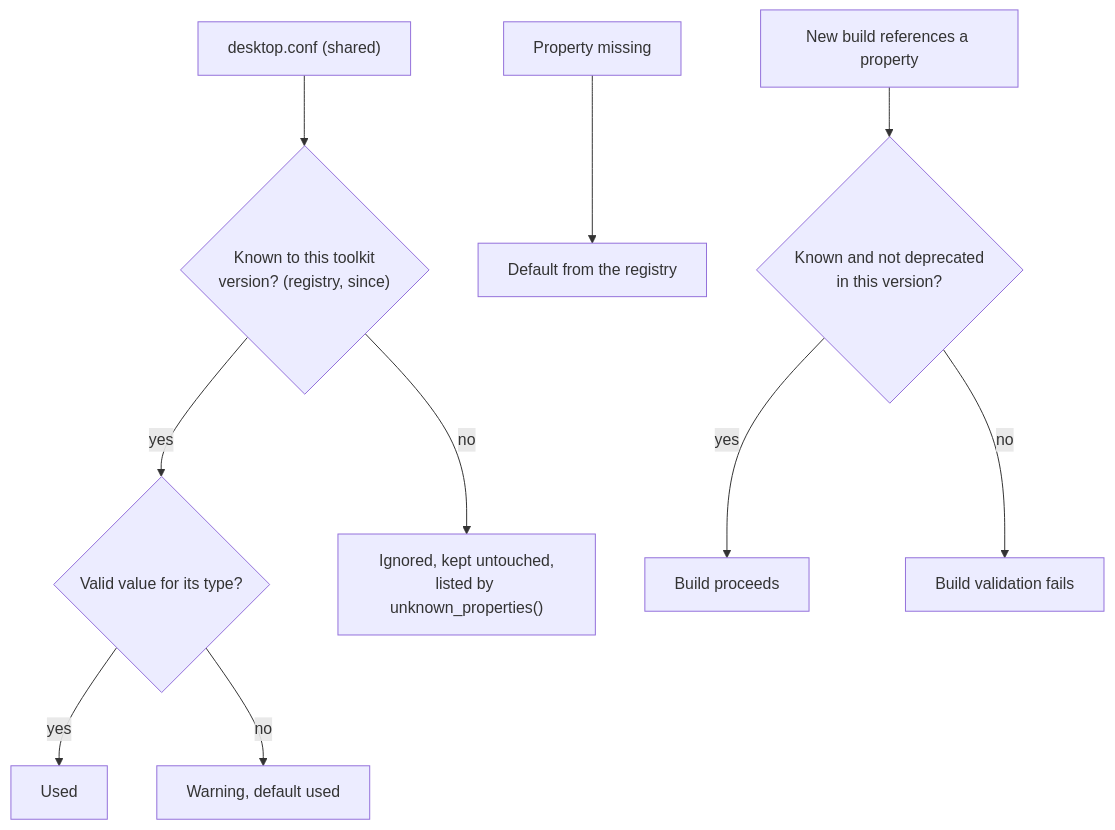
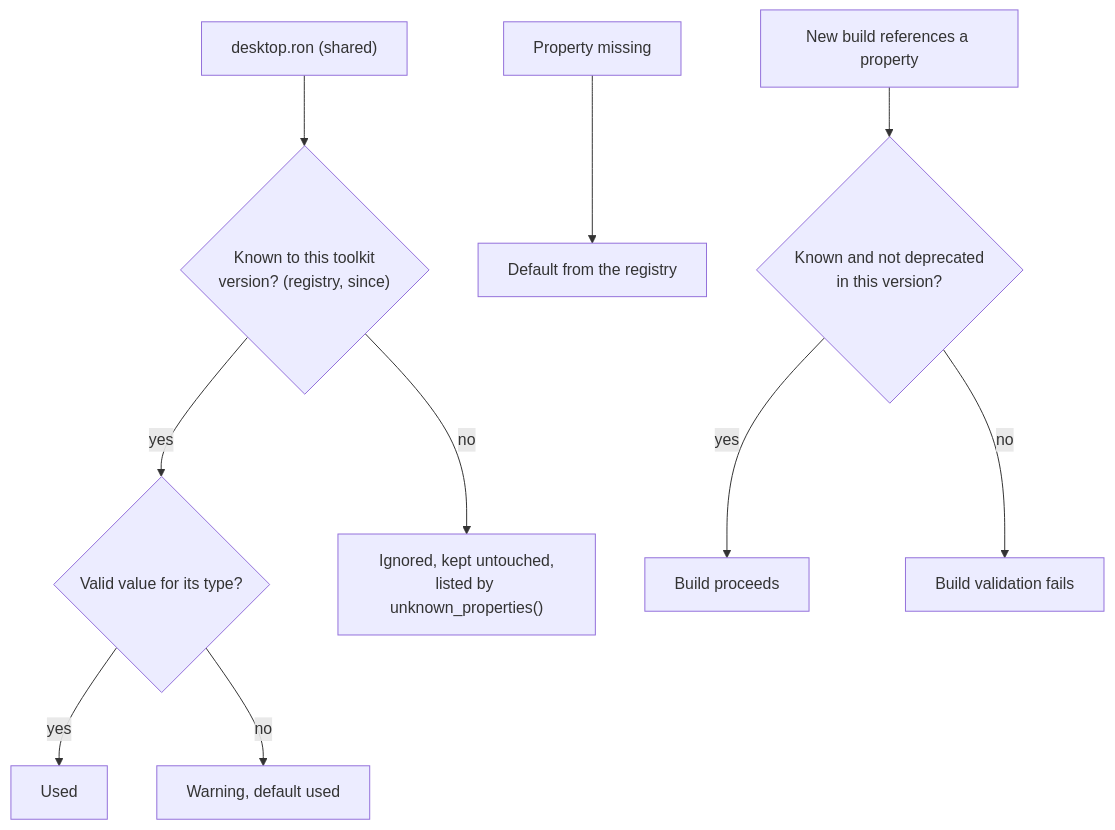
Before and after one commit to VaZark/iced-libadwaita: the diagram in docs/lib/config-registry.md, drawn with Mermaid. The commit also changed other lines of this file and 93 other files, not shown here.

Commit message:
rework theming; replace conf with RON

````diff
--- a/docs/lib/config-registry.md
+++ b/docs/lib/config-registry.md
@@ -26,12 +26,12 @@
 ```mermaid
 flowchart TD
-    F["desktop.conf (shared)"] --> R{"Known to this toolkit<br/>version? (registry, since)"}
+    F["desktop.ron (shared)"] --> R{"Known to this toolkit<br/>version? (registry, since)"}
     R -- yes --> V{"Valid value for its type?"}
     V -- yes --> U["Used"]
     V -- no --> W["Warning, default used"]
     R -- no --> I["Ignored, kept untouched,<br/>listed by unknown_properties()"]
     M["Property missing"] --> D["Default from the registry"]
     B["New build references a property"] --> C{"Known and not deprecated<br/>in this version?"}
     C -- yes --> OK["Build proceeds"]
     C -- no --> X["Build validation fails"]
 ```
````
